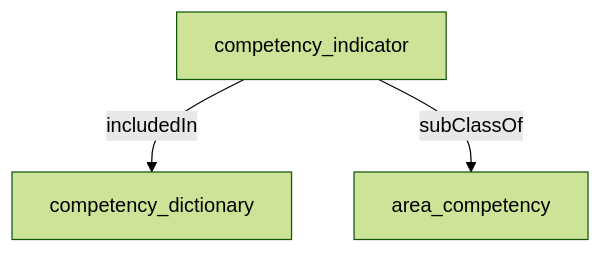
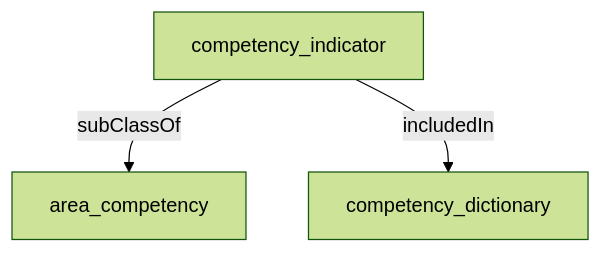
The diagram in content/hr_data_model/competency_indicator.md (heidingaway/heidi2), drawn with Mermaid (forest theme) before and after one commit. The commit also changed other lines of this file and 350 other files, not shown here.

````diff
--- a/content/hr_data_model/competency_indicator.md
+++ b/content/hr_data_model/competency_indicator.md
@@ -19,8 +20,8 @@
 ```mermaid
 graph TD
   competency_indicator["competency_indicator"]:::current-page-node
   area_competency["area_competency"]
   competency_dictionary["competency_dictionary"]
+  competency_indicator-->|" subClassOf "|area_competency
   competency_indicator-->|" includedIn "|competency_dictionary
-  competency_indicator-->|" subClassOf "|area_competency
 ```
````
